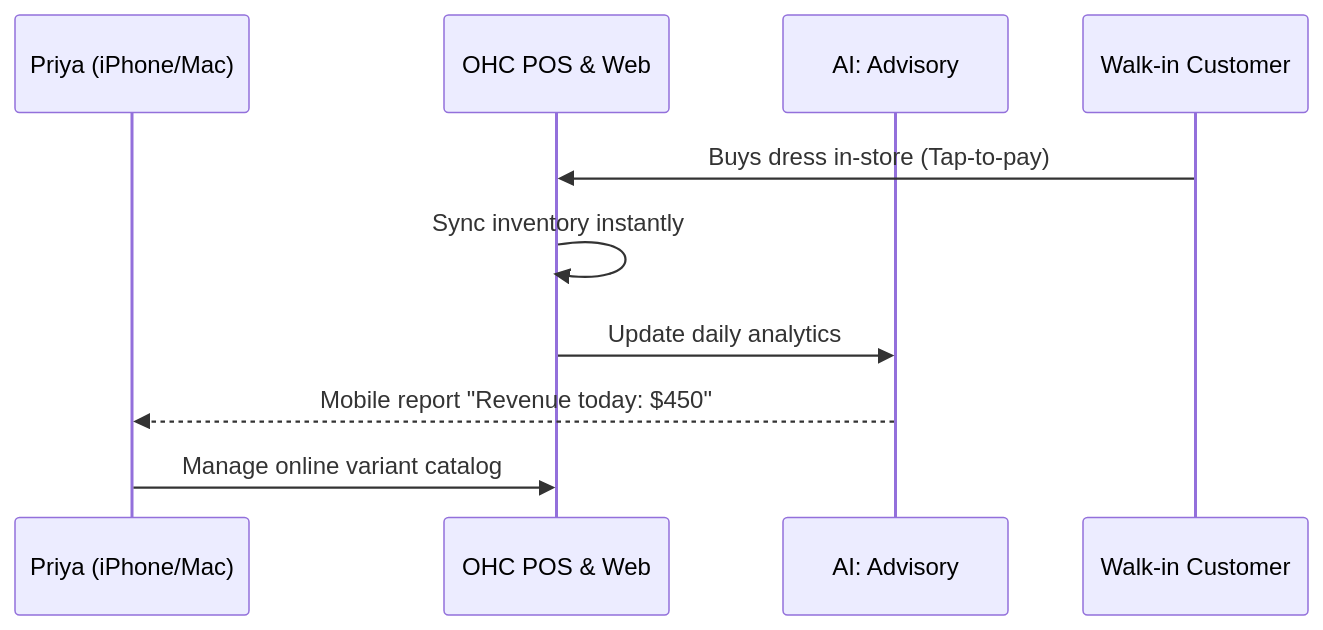
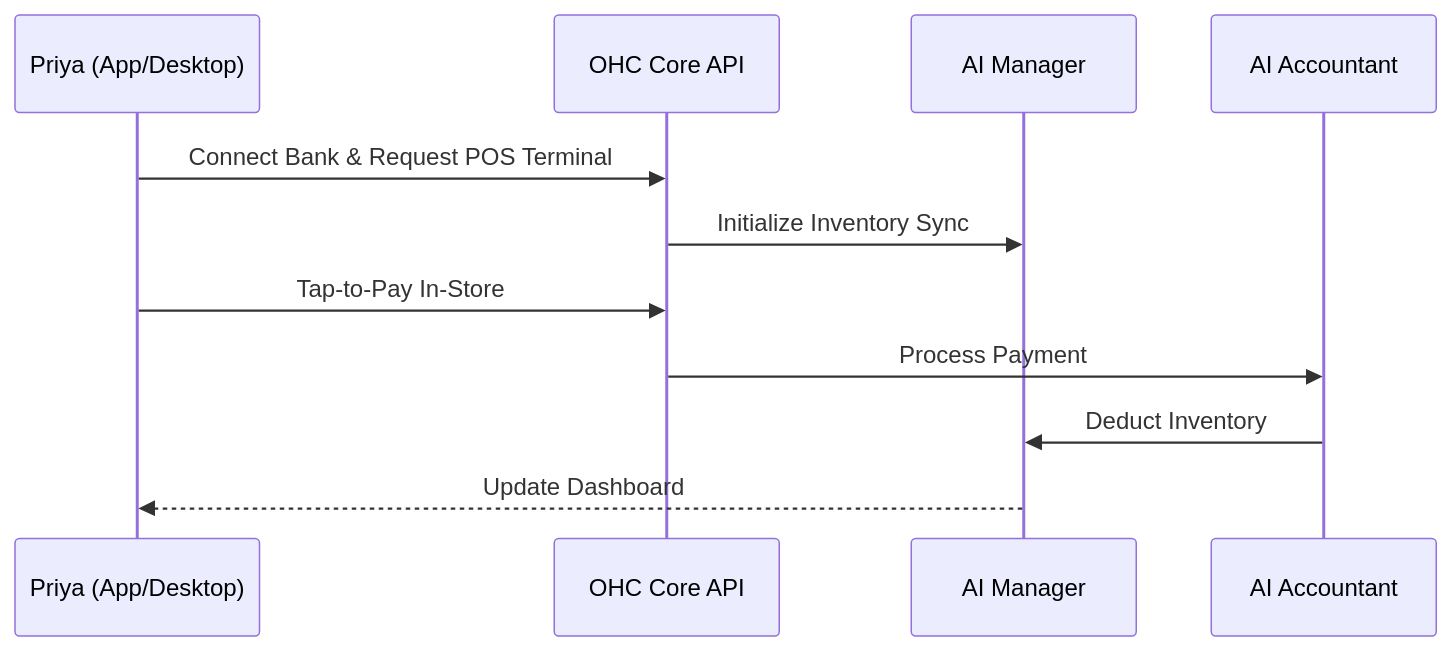
Before and after one commit to omnisolo-llc/onehumancorp: the third of 5 diagrams in .agent-task/report/task_output.md, drawn with Mermaid. The commit also changed other lines of this file, not shown here.

Commit message:
🧹 Maintainer: [architecture] Define Business Journey Architecture for all Personas

````diff
--- a/.agent-task/report/task_output.md
+++ b/.agent-task/report/task_output.md
@@ -76,13 +106,16 @@
 ```mermaid
 sequenceDiagram
-    participant Priya as Priya (iPhone/Mac)
-    participant OHC as OHC POS & Web
-    participant AI_Advisory as AI: Advisory
-    participant Customer as Walk-in Customer
+    participant Priya as Priya (App/Desktop)
+    participant Core as OHC Core API
+    participant Ops as AI Manager
+    participant Fin as AI Accountant
 
-    Customer->>OHC: Buys dress in-store (Tap-to-pay)
-    OHC->>OHC: Sync inventory instantly
-    OHC->>AI_Advisory: Update daily analytics
-    AI_Advisory-->>Priya: Mobile report "Revenue today: $450"
-    Priya->>OHC: Manage online variant catalog
+    Priya->>Core: Connect Bank & Request POS Terminal
+    Core->>Ops: Initialize Inventory Sync
+
+    %% In-person Sale
+    Priya->>Core: Tap-to-Pay In-Store
+    Core->>Fin: Process Payment
+    Fin->>Ops: Deduct Inventory
+    Ops-->>Priya: Update Dashboard
 ```
````
